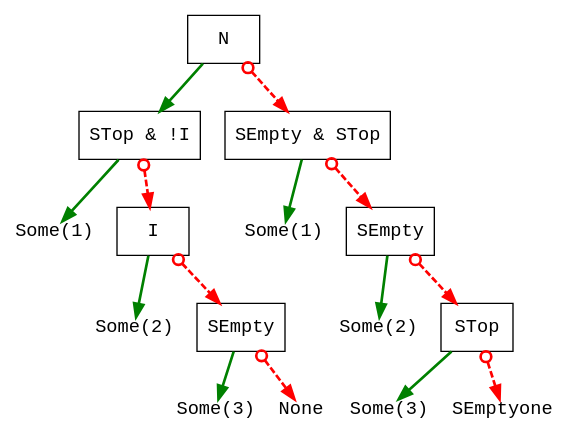
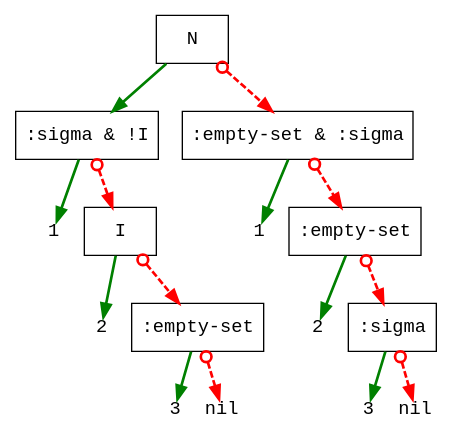
Before and after one commit to jimka2001/clojure-rte: the diagram in doc/reClojure.2025/reclojure.2025.slides.dot/ldd-3.dot, drawn with Graphviz. The commit also changed 13 other files, not shown here.

```diff
--- a/doc/reClojure.2025/reclojure.2025.slides.dot/ldd-3.dot
+++ b/doc/reClojure.2025/reclojure.2025.slides.dot/ldd-3.dot
@@ -1,53 +1,53 @@
 digraph G {
 node [ fontsize=14];
 bgcolor="#ffffff00" # RGBA (with alpha)
 
 8 [shape=box,label="N",fontname="Courier"]
 
 8 -> n1p [style=solid,color=green,penwidth=2]
 8 -> n1n [style=dashed,color=red,penwidth=2,arrowhead=normal,arrowtail=odot,dir=both]
 
 {rank=same n1p n1n }
 
-n1p [shape=box,label="STop & !I",fontname="Courier"]
-n2p [shape=plain,label="Some(1)",fontname="Courier"]
+n1p [shape=box,label=":sigma & !I",fontname="Courier"]
+n2p [shape=plain,label="1",fontname="Courier"]
 n3p [shape=box,label="I",fontname="Courier"]
-n4p [shape=plain,label="Some(2)",fontname="Courier"]
-n5p [shape=box,label="SEmpty",fontname="Courier"]
-n6p [shape=plain,label="Some(3)",fontname="Courier"]
-n7p [shape=plain,label="None",fontname="Courier"]
+n4p [shape=plain,label="2",fontname="Courier"]
+n5p [shape=box,label=":empty-set",fontname="Courier"]
+n6p [shape=plain,label="3",fontname="Courier"]
+n7p [shape=plain,label="nil",fontname="Courier"]
 {rank=same n2p n3p }
 {rank=same n4p n5p }
 {rank=same n6p n7p }
 
 n1p -> n2p [style=solid,color=green,penwidth=2]
 n1p -> n3p [style=dashed,color=red,penwidth=2,arrowhead=normal,arrowtail=odot,dir=both]
 
 n3p -> n4p [style=solid,color=green,penwidth=2]
 n3p -> n5p [style=dashed,color=red,penwidth=2,arrowhead=normal,arrowtail=odot,dir=both]
 
 n5p -> n6p [style=solid,color=green,penwidth=2]
 n5p -> n7p [style=dashed,color=red,penwidth=2,arrowhead=normal,arrowtail=odot,dir=both]
 
 
-n1n [shape=box,label="SEmpty & STop",fontname="Courier"]
-n2n [shape=plain,label="Some(1)",fontname="Courier"]
-n3n [shape=box,label="SEmpty",fontname="Courier"]
-n4n [shape=plain,label="Some(2)",fontname="Courier"]
-n5n [shape=box,label="STop",fontname="Courier"]
-n6n [shape=plain,label="Some(3)",fontname="Courier"]
-n7n [shape=plain,label="SEmptyone",fontname="Courier"]
+n1n [shape=box,label=":empty-set & :sigma",fontname="Courier"]
+n2n [shape=plain,label="1",fontname="Courier"]
+n3n [shape=box,label=":empty-set",fontname="Courier"]
+n4n [shape=plain,label="2",fontname="Courier"]
+n5n [shape=box,label=":sigma",fontname="Courier"]
+n6n [shape=plain,label="3",fontname="Courier"]
+n7n [shape=plain,label="nil",fontname="Courier"]
 {rank=same n2n n3n }
 {rank=same n4n n5n }
 {rank=same n6n n7n }
 
 n1n -> n2n [style=solid,color=green,penwidth=2]
 n1n -> n3n [style=dashed,color=red,penwidth=2,arrowhead=normal,arrowtail=odot,dir=both]
 
 n3n -> n4n [style=solid,color=green,penwidth=2]
 n3n -> n5n [style=dashed,color=red,penwidth=2,arrowhead=normal,arrowtail=odot,dir=both]
 
 n5n -> n6n [style=solid,color=green,penwidth=2]
 n5n -> n7n [style=dashed,color=red,penwidth=2,arrowhead=normal,arrowtail=odot,dir=both]
 
 }
```
